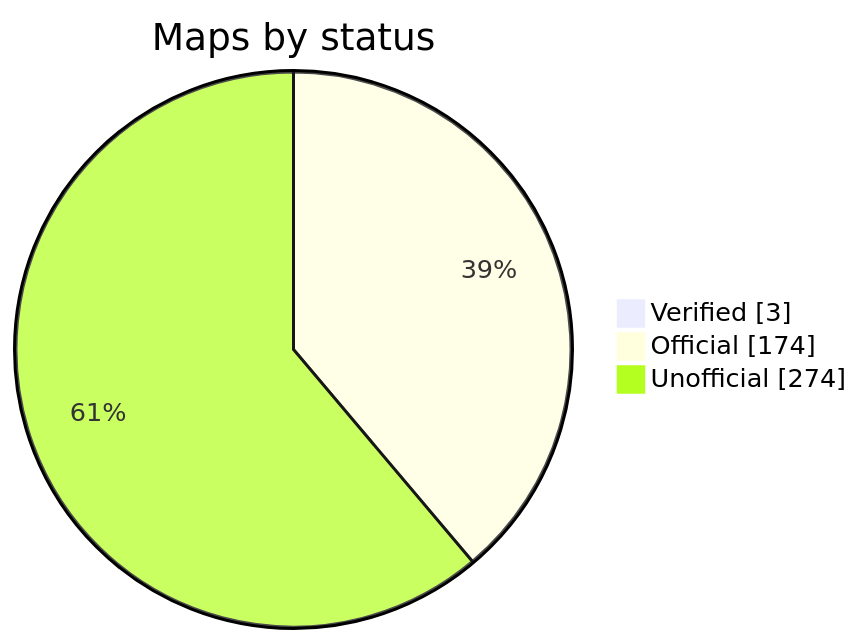
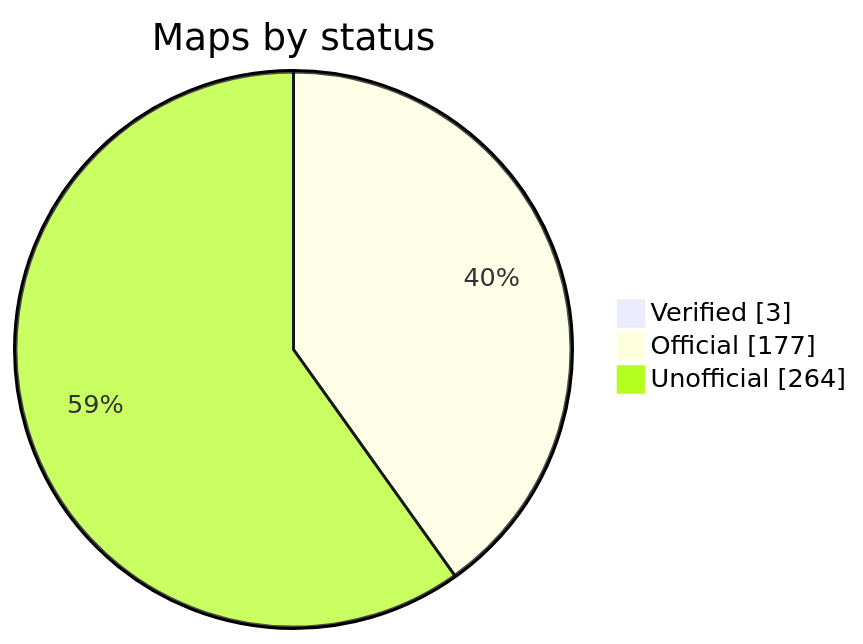
The diagram in README.md (nobrega8/mbmap-library), drawn with Mermaid before and after one commit. The commit also changed 1 other file, not shown here.

Commit message:
Rebuild the index

````diff
--- a/README.md
+++ b/README.md
@@ -48,7 +48,7 @@
 ```mermaid
 pie showData
     title Maps by status
     "Verified" : 3
-    "Official" : 174
-    "Unofficial" : 274
+    "Official" : 177
+    "Unofficial" : 264
 ```
````
